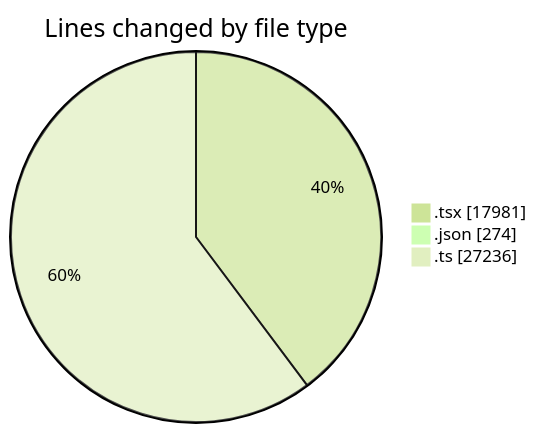
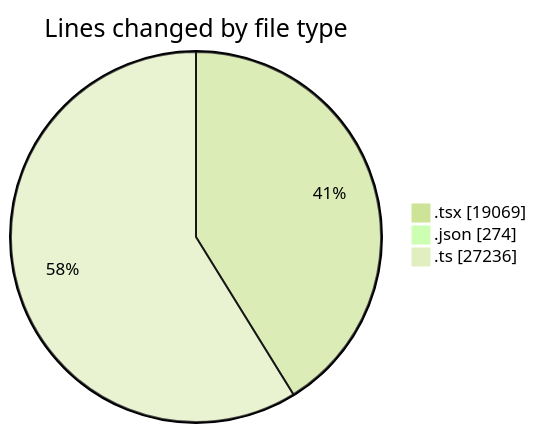
One commit to momahboobian/code-tracking changed the first of 2 diagrams in 2026-11-13/broadcaster-v6-feature/README.md. Above: the diagram before and after it, drawn with Mermaid (forest theme). The commit also changed other lines of this file and 1 other file, not shown here.

````diff
--- a/2026-11-13/broadcaster-v6-feature/README.md
+++ b/2026-11-13/broadcaster-v6-feature/README.md
@@ -85,7 +86,7 @@
 ```mermaid
 pie showData
 title Lines changed by file type
-".tsx" : 17981
+".tsx" : 19069
 ".json" : 274
 ".ts" : 27236
 ```
````
